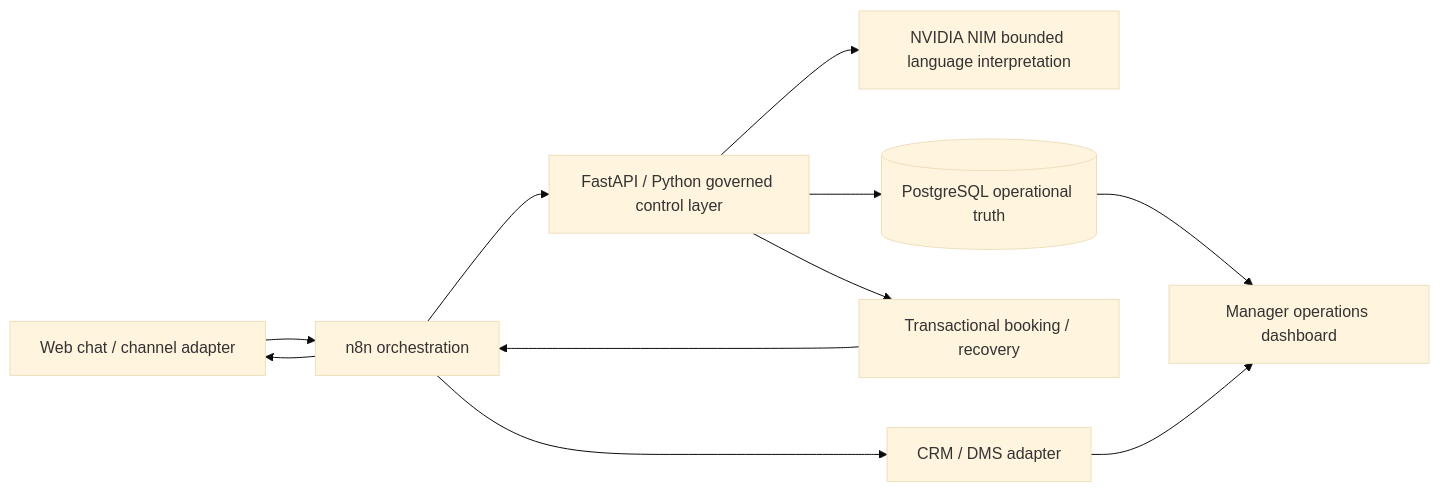
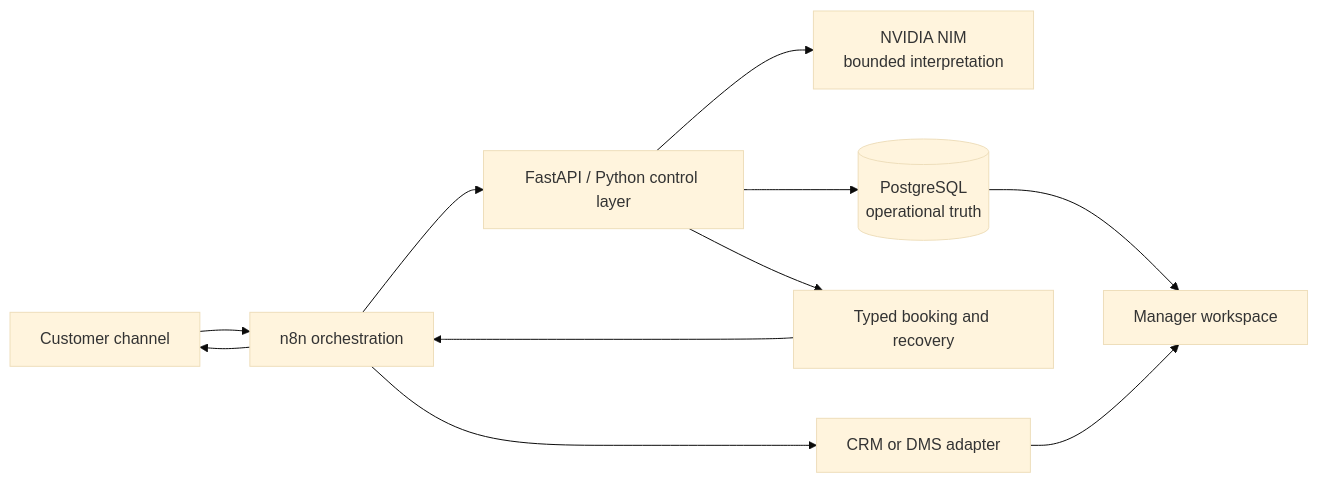
One commit to kabbersokhi-boop/customer-ops-ai changed the diagram in README.md. Above: the diagram before and after it, drawn with Mermaid (base theme). The commit also changed other lines of this file and 10 other files, not shown here.

````diff
--- a/README.md
+++ b/README.md
@@ -127,13 +56,13 @@
-```mermaid
+~~~mermaid
 flowchart LR
-    C[Web chat / channel adapter] --> N[n8n orchestration]
-    N --> A[FastAPI / Python governed control layer]
-    A --> L[NVIDIA NIM bounded language interpretation]
-    A --> D[(PostgreSQL operational truth)]
-    A --> S[Transactional booking / recovery]
-    S --> N
-    N --> R[CRM / DMS adapter]
-    D --> M[Manager operations dashboard]
+    C[Customer channel] --> N[n8n orchestration]
+    N --> A[FastAPI / Python control layer]
+    A --> L[NVIDIA NIM<br/>bounded interpretation]
+    A --> P[(PostgreSQL<br/>operational truth)]
+    A --> B[Typed booking and recovery]
+    B --> N
+    N --> R[CRM or DMS adapter]
+    P --> M[Manager workspace]
     R --> M
     N --> C
-```
+~~~
````
